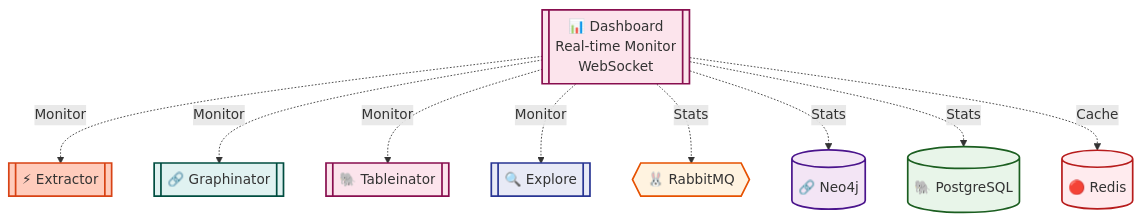
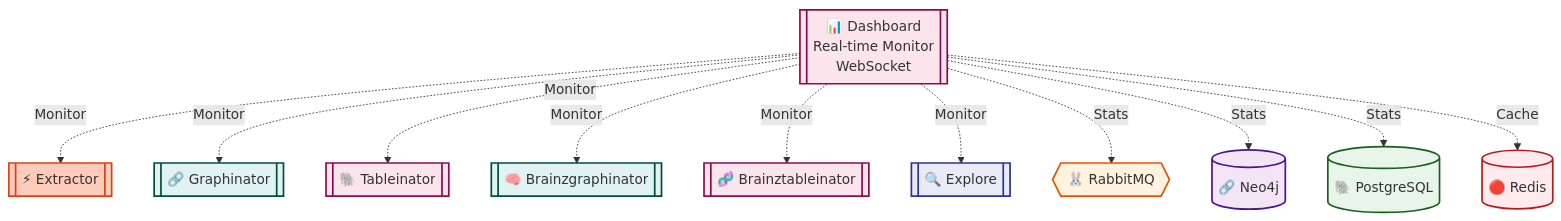
The third of 6 diagrams in docs/architecture.md (groovemap-music/deployment), drawn with Mermaid before and after one commit. The commit also changed other lines of this file, not shown here.

````diff
--- a/docs/architecture.md
+++ b/docs/architecture.md
@@ -119,33 +140,39 @@
 ```mermaid
 graph TD
     DASH[["📊 Dashboard<br/>Real-time Monitor<br/>WebSocket"]]
 
     EXT[["⚡ Extractor"]]
     GRAPH[["🔗 Graphinator"]]
     TABLE[["🐘 Tableinator"]]
+    BGRAPH[["🧠 Brainzgraphinator"]]
+    BTABLE[["🧬 Brainztableinator"]]
     EXPLORE[["🔍 Explore"]]
 
     RMQ{{"🐰 RabbitMQ"}}
     NEO4J[("🔗 Neo4j")]
     PG[("🐘 PostgreSQL")]
     REDIS[("🔴 Redis")]
 
     DASH -.->|Monitor| EXT
     DASH -.->|Monitor| GRAPH
     DASH -.->|Monitor| TABLE
+    DASH -.->|Monitor| BGRAPH
+    DASH -.->|Monitor| BTABLE
     DASH -.->|Monitor| EXPLORE
     DASH -.->|Stats| RMQ
     DASH -.->|Stats| NEO4J
     DASH -.->|Stats| PG
     DASH -.->|Cache| REDIS
 
     style DASH fill:#fce4ec,stroke:#880e4f,stroke-width:2px
     style EXT fill:#ffccbc,stroke:#d84315,stroke-width:2px
     style GRAPH fill:#e0f2f1,stroke:#004d40,stroke-width:2px
     style TABLE fill:#fce4ec,stroke:#880e4f,stroke-width:2px
+    style BGRAPH fill:#e0f2f1,stroke:#004d40,stroke-width:2px
+    style BTABLE fill:#fce4ec,stroke:#880e4f,stroke-width:2px
     style EXPLORE fill:#e8eaf6,stroke:#283593,stroke-width:2px
     style RMQ fill:#fff3e0,stroke:#e65100,stroke-width:2px
     style NEO4J fill:#f3e5f5,stroke:#4a148c,stroke-width:2px
     style PG fill:#e8f5e9,stroke:#1b5e20,stroke-width:2px
     style REDIS fill:#ffebee,stroke:#b71c1c,stroke-width:2px
 ```
````
